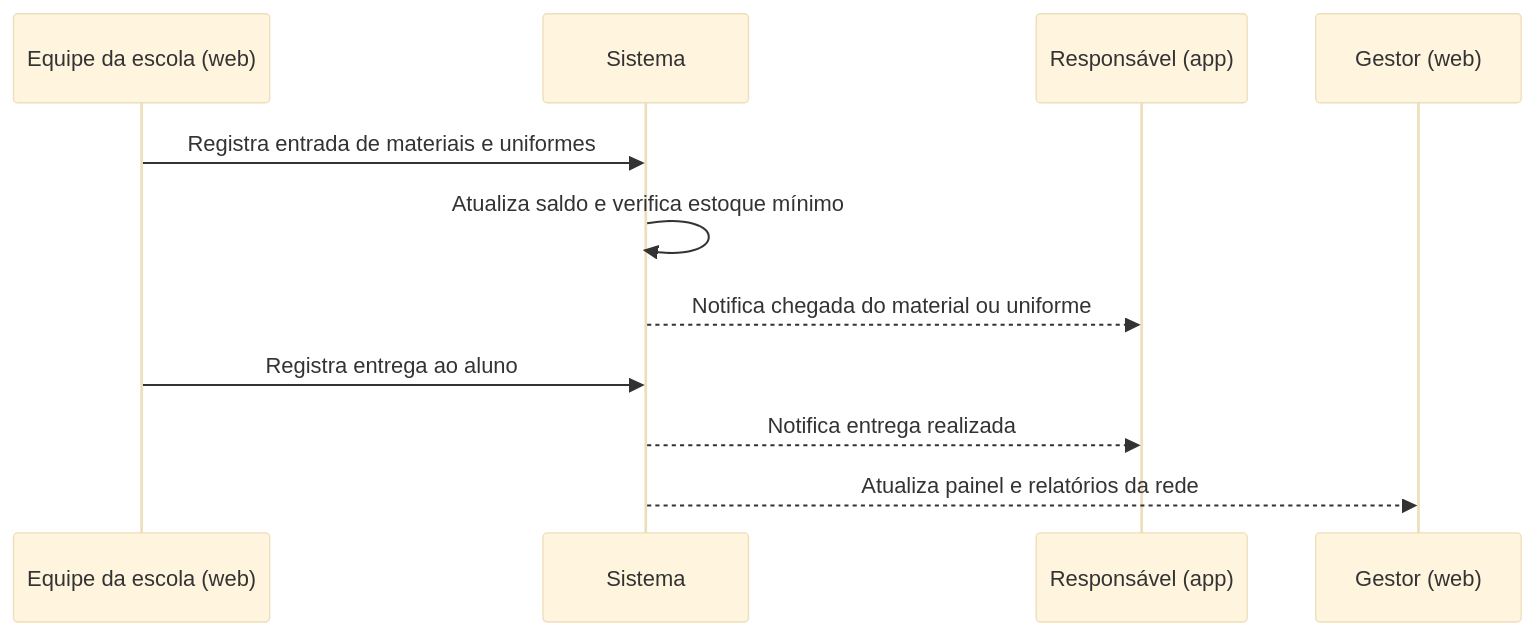
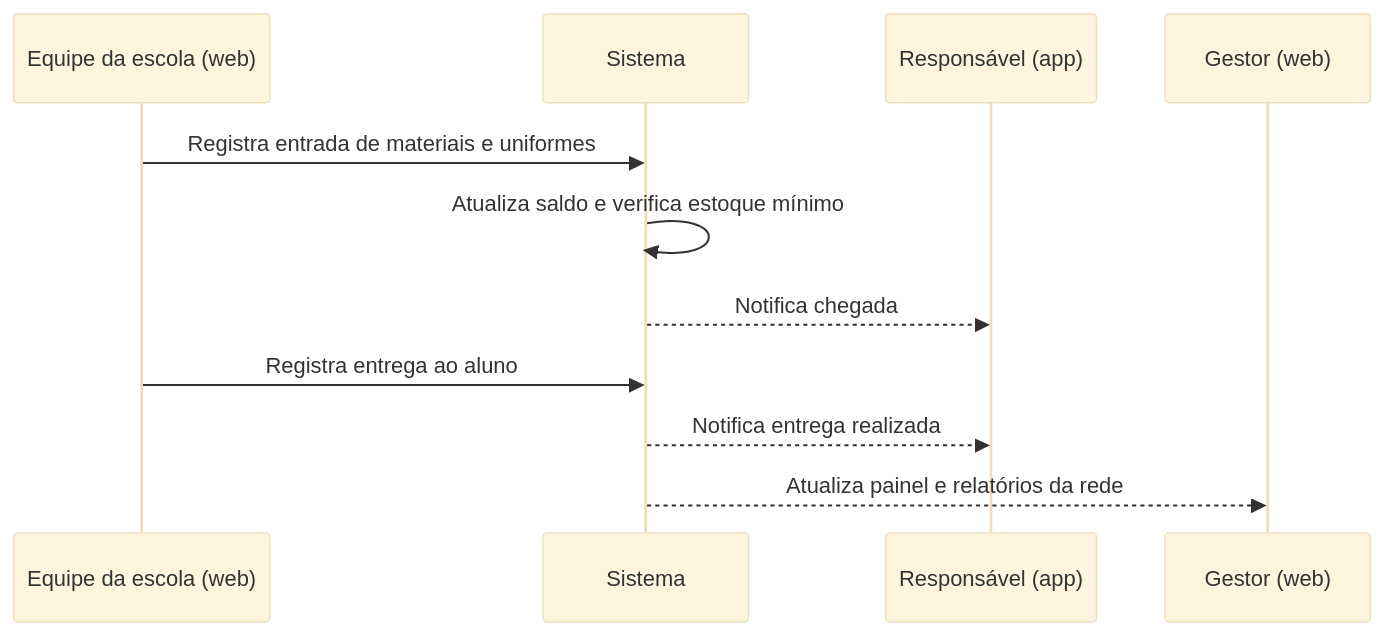
The first of 2 diagrams in README.md (gabriel1326/SIGECE), drawn with Mermaid (base theme) before and after one commit. The commit also changed other lines of this file, not shown here.

````diff
--- a/README.md
+++ b/README.md
@@ -164,13 +91,13 @@
 ```mermaid
 sequenceDiagram
     participant E as Equipe da escola (web)
     participant S as Sistema
     participant R as Responsável (app)
     participant G as Gestor (web)
     E->>S: Registra entrada de materiais e uniformes
     S->>S: Atualiza saldo e verifica estoque mínimo
-    S-->>R: Notifica chegada do material ou uniforme
+    S-->>R: Notifica chegada
     E->>S: Registra entrega ao aluno
     S-->>R: Notifica entrega realizada
     S-->>G: Atualiza painel e relatórios da rede
 ```
````
